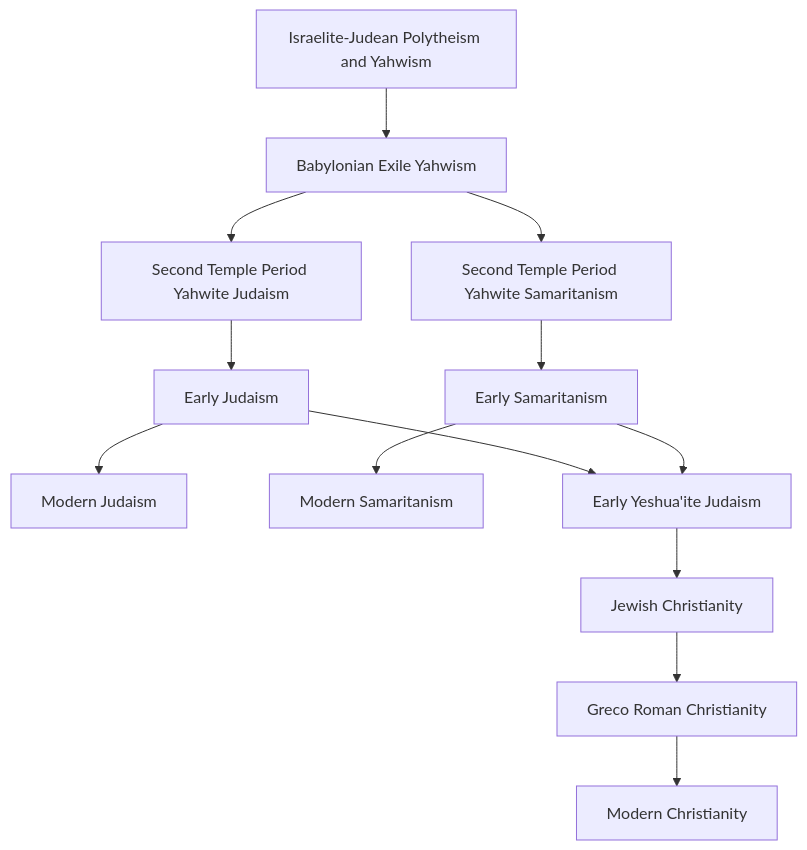
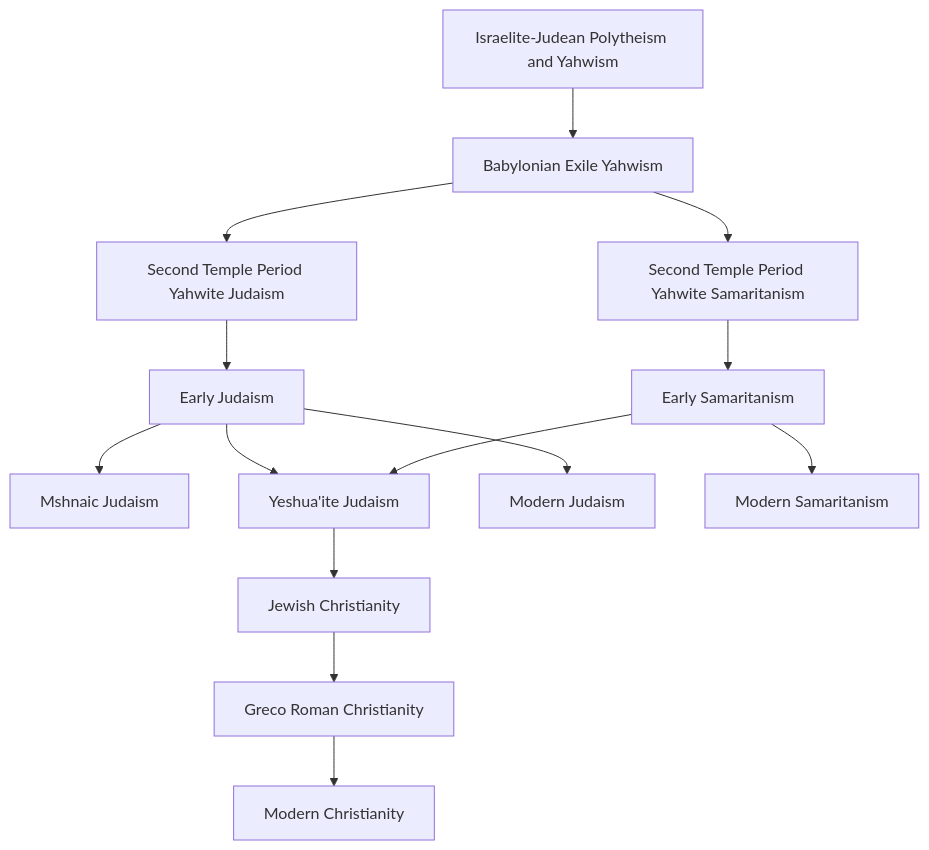
Before and after one commit to bendqh1/mermaid: the diagram in emergence_of_judaism_and_samaritanism.mermaid, drawn with Mermaid.

```diff
--- a/emergence_of_judaism_and_samaritanism.mermaid
+++ b/emergence_of_judaism_and_samaritanism.mermaid
@@ -1,16 +1,18 @@
 flowchart TD
     A1[Israelite-Judean Polytheism and Yahwism]
     A1 --> A2[Babylonian Exile Yahwism]
     A2 --> A3[Second Temple Period Yahwite Judaism] 
     A2 --> A4[Second Temple Period Yahwite Samaritanism]
 
     A3 --> B1[Early Judaism]
     A4 --> B2[Early Samaritanism]
 
-    B1 --> C1[Modern Judaism]
-    B2 --> C2[Modern Samaritanism]
-    B1 & B2 --> C3[Early Yeshua'ite Judaism]
+    B1 --> C1[Mshnaic Judaism]
+    B1 & B2 --> C2[Yeshua'ite Judaism]
+
+    B1 --> D1[Modern Judaism]
+    B2 --> D2[Modern Samaritanism]
     
-    C3 --> XX1[Jewish Christianity]
+    C2 --> XX1[Jewish Christianity]
     XX1 --> XX2[Greco Roman Christianity]
     XX2 --> XX3[Modern Christianity]
```
